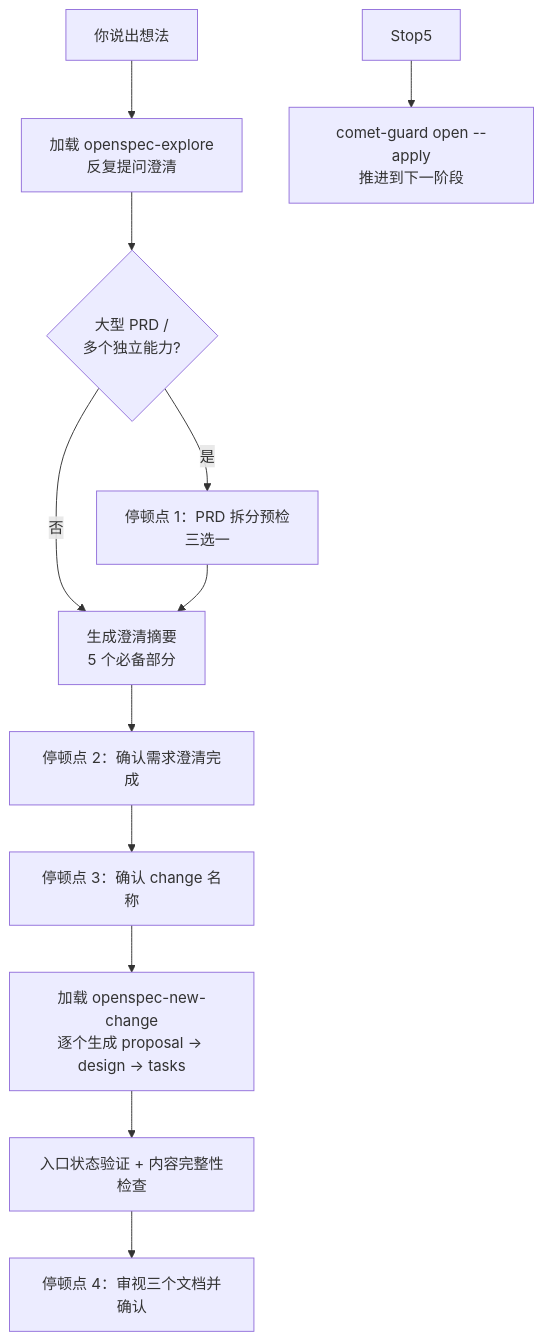
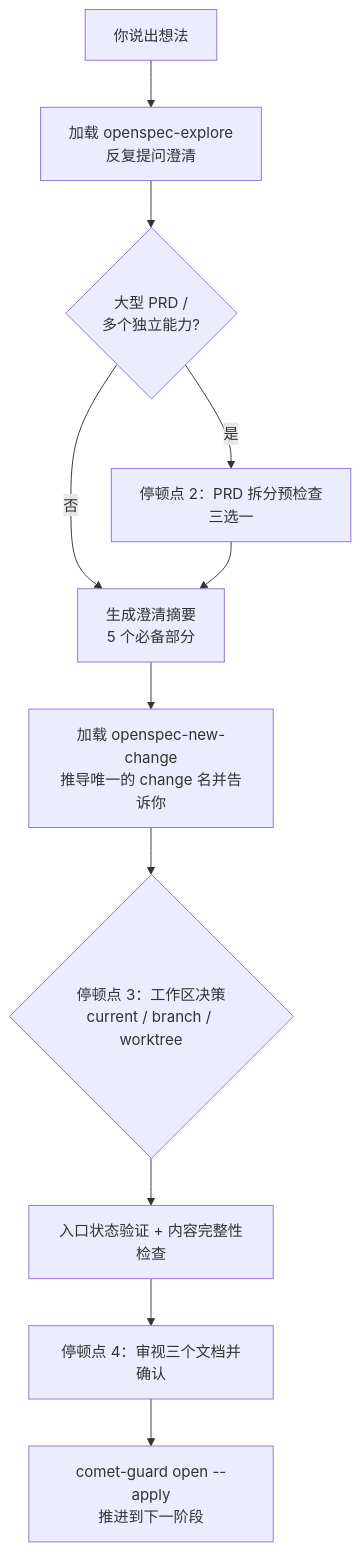
Before and after one commit to rpamis/comet-website-docs: the diagram in zh/phases/open.mdx, drawn with Mermaid. The commit also changed other lines of this file and 74 other files, not shown here.

````diff
--- a/zh/phases/open.mdx
+++ b/zh/phases/open.mdx
@@ -58,14 +58,13 @@
 ```mermaid
 flowchart TD
     Start["你说出想法"] --> S1["加载 openspec-explore<br/>反复提问澄清"]
     S1 --> S1a{"大型 PRD /<br/>多个独立能力?"}
-    S1a -->|是| Stop1["停顿点 1：PRD 拆分预检<br/>三选一"]
+    S1a -->|是| Stop1["停顿点 2：PRD 拆分预检查<br/>三选一"]
     S1a -->|否| S1sum["生成澄清摘要<br/>5 个必备部分"]
     Stop1 --> S1sum
-    S1sum --> Stop2["停顿点 2：确认需求澄清完成"]
-    Stop2 --> Stop3["停顿点 3：确认 change 名称"]
-    Stop3 --> S2["加载 openspec-new-change<br/>逐个生成 proposal → design → tasks"]
-    S2 --> S3["入口状态验证 + 内容完整性检查"]
+    S1sum --> S2["加载 openspec-new-change<br/>推导唯一的 change 名并告诉你"]
+    S2 --> S2b{"停顿点 3：工作区决策<br/>current / branch / worktree"}
+    S2b --> S3["入口状态验证 + 内容完整性检查"]
     S3 --> Stop4["停顿点 4：审视三个文档并确认"]
-    Stop5 --> Exit["comet-guard open --apply<br/>推进到下一阶段"]
+    Stop4 --> Exit["comet-guard open --apply<br/>推进到下一阶段"]
 ```
````
